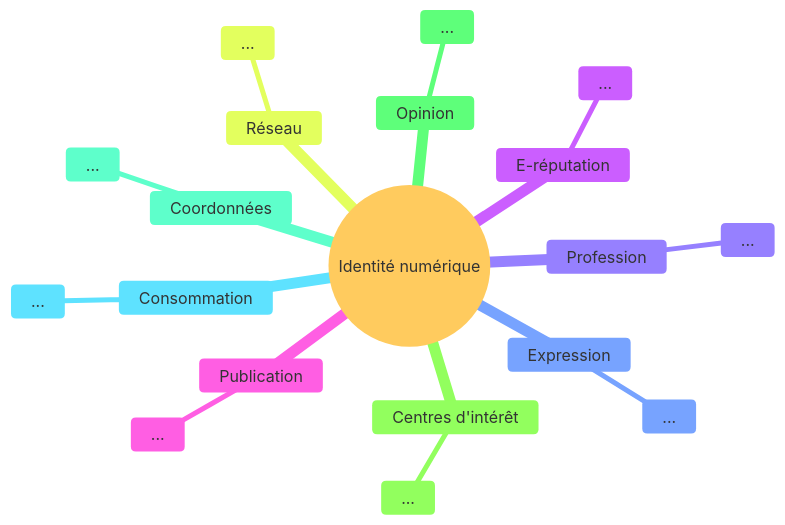
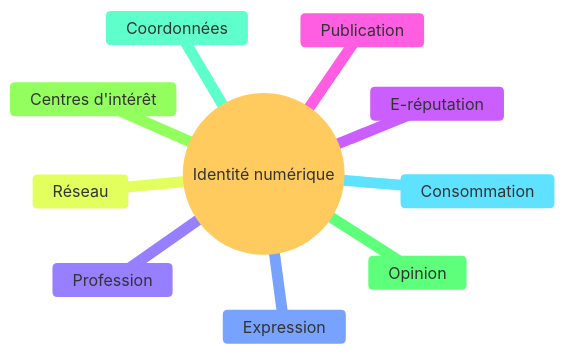
One commit to boddaert/snt changed the diagram in seconde/Réseaux sociaux/Identite_numerique.md. Above: the diagram before and after it, drawn with Mermaid.

Commit message:
id numerique

````diff
--- a/seconde/Réseaux sociaux/Identite_numerique.md
+++ b/seconde/Réseaux sociaux/Identite_numerique.md
@@ -7,23 +7,14 @@
 ```mermaid
 %%{init: { 'logLevel': 'debug', 'theme': 'base'}}%%
 mindmap
   root((Identité numérique))
     E-réputation
-        ...
     Expression
-        ...
     Réseau
-        ...
     Centres d'intérêt
-        ...
     Opinion
-        ...
     Coordonnées
-        ...
     Consommation
-        ...
     Profession
-        ...
     Publication
-        ...
 ```
````
